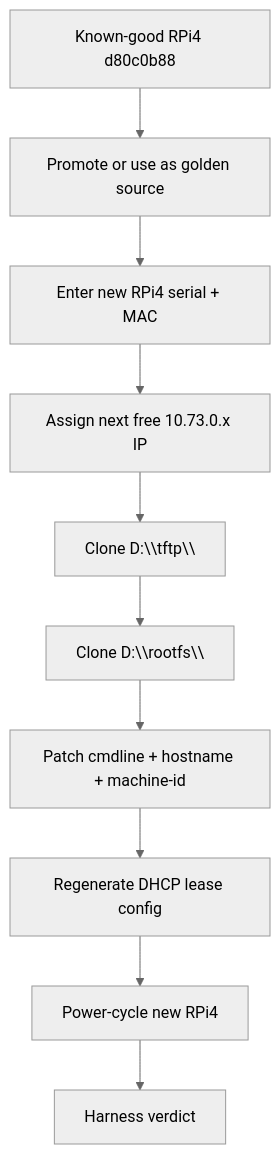
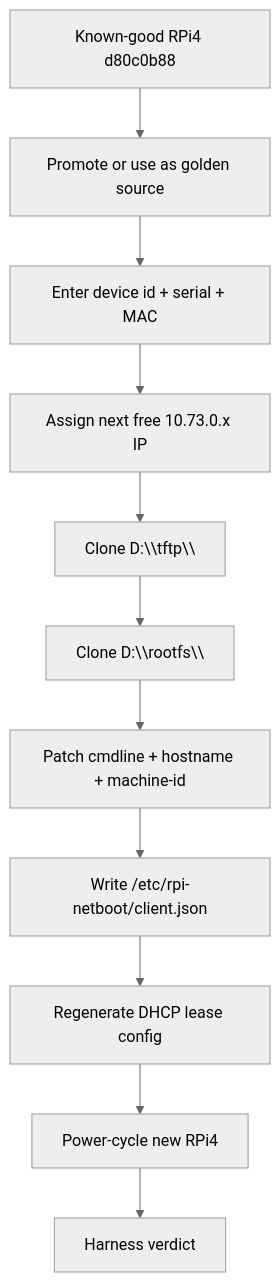
The diagram in windows/knowledge/obsidian-vault/Clone-Workflow.md (minoTrey/rpi-pxe-manager), drawn with Mermaid (neutral theme) before and after one commit. The commit also changed other lines of this file and 6 other files, not shown here.

````diff
--- a/windows/knowledge/obsidian-vault/Clone-Workflow.md
+++ b/windows/knowledge/obsidian-vault/Clone-Workflow.md
@@ -25,12 +25,13 @@
 ```mermaid
 flowchart TD
   A["Known-good RPi4 d80c0b88"] --> B["Promote or use as golden source"]
-  B --> C["Enter new RPi4 serial + MAC"]
+  B --> C["Enter device id + serial + MAC"]
   C --> D["Assign next free 10.73.0.x IP"]
   D --> E["Clone D:\\tftp\\<serial>"]
   E --> F["Clone D:\\rootfs\\<serial>"]
   F --> G["Patch cmdline + hostname + machine-id"]
-  G --> H["Regenerate DHCP lease config"]
-  H --> I["Power-cycle new RPi4"]
-  I --> J["Harness verdict"]
+  G --> H["Write /etc/rpi-netboot/client.json"]
+  H --> I["Regenerate DHCP lease config"]
+  I --> J["Power-cycle new RPi4"]
+  J --> K["Harness verdict"]
 ```
````
